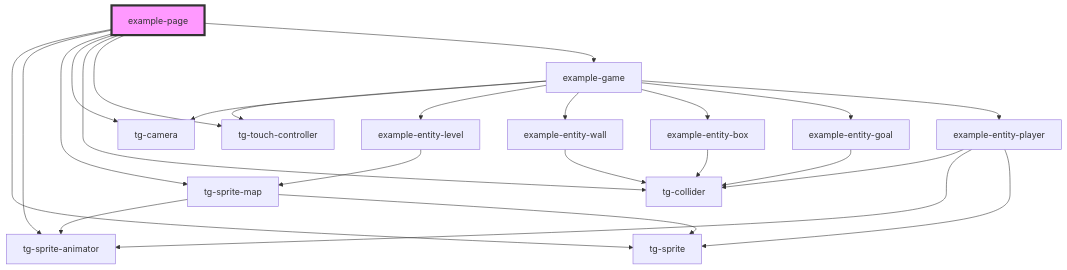
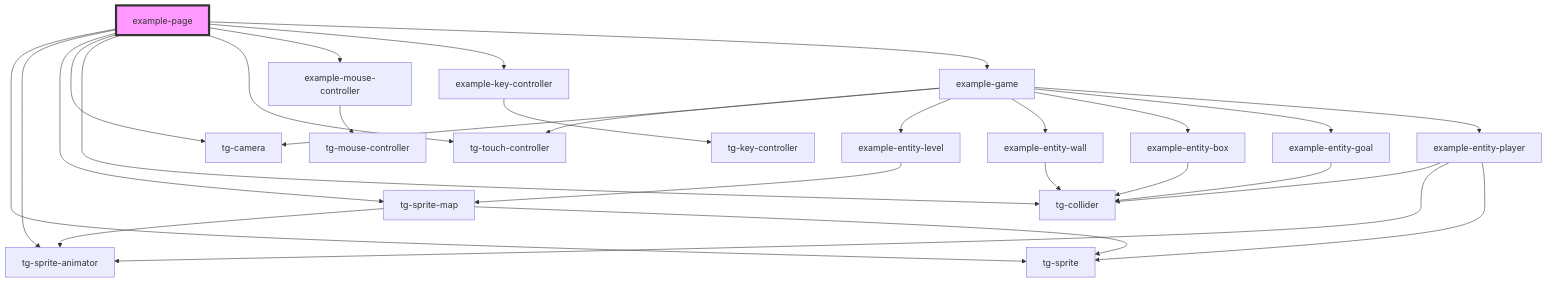
The diagram in src/components/example/example-page/readme.md (Scan0815/tg-engine), drawn with Mermaid before and after one commit. The commit also changed other lines of this file and 2 other files, not shown here.

Commit message:
chore: update package versions and add examples to readme

````diff
--- a/src/components/example/example-page/readme.md
+++ b/src/components/example/example-page/readme.md
@@ -21,27 +23,31 @@
 ```mermaid
 graph TD;
   example-page --> tg-sprite
   example-page --> tg-sprite-animator
   example-page --> tg-sprite-map
   example-page --> tg-camera
   example-page --> tg-collider
   example-page --> tg-touch-controller
+  example-page --> example-mouse-controller
+  example-page --> example-key-controller
   example-page --> example-game
   tg-sprite-map --> tg-sprite-animator
   tg-sprite-map --> tg-sprite
+  example-mouse-controller --> tg-mouse-controller
+  example-key-controller --> tg-key-controller
   example-game --> tg-touch-controller
   example-game --> tg-camera
   example-game --> example-entity-level
   example-game --> example-entity-wall
   example-game --> example-entity-box
   example-game --> example-entity-goal
   example-game --> example-entity-player
   example-entity-level --> tg-sprite-map
   example-entity-wall --> tg-collider
   example-entity-box --> tg-collider
   example-entity-goal --> tg-collider
   example-entity-player --> tg-collider
   example-entity-player --> tg-sprite-animator
   example-entity-player --> tg-sprite
   style example-page fill:#f9f,stroke:#333,stroke-width:4px
 ```
````
